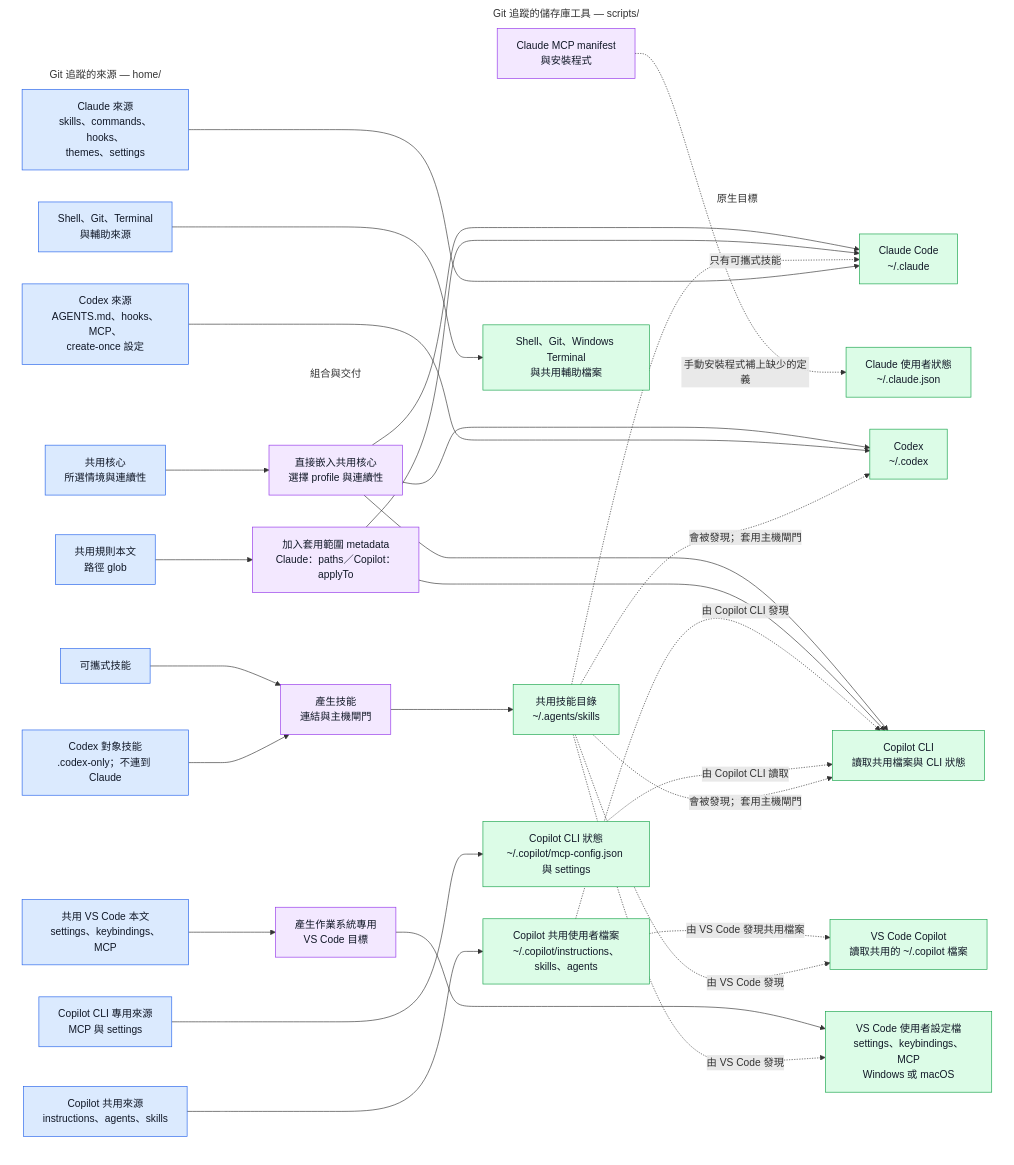
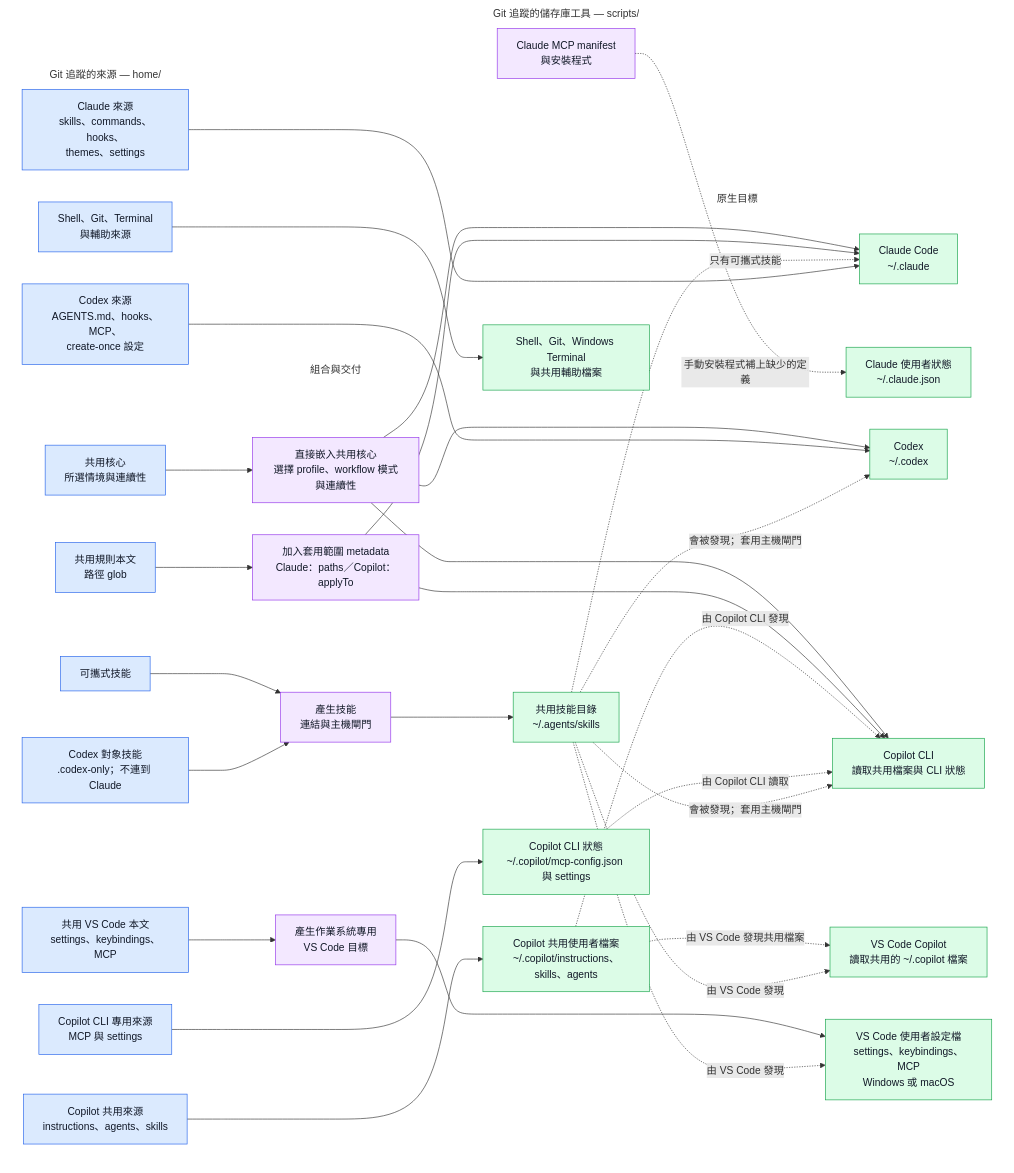
One commit to sherrilla71940/personal-agentic-dev-environment changed the first of 4 diagrams in README.zh-TW.md. Above: the diagram before and after it, drawn with Mermaid. The commit also changed other lines of this file and 23 other files, not shown here.

```diff
--- a/README.zh-TW.md
+++ b/README.zh-TW.md
@@ -73,7 +73,7 @@
     end
 
     subgraph render["組合與交付"]
-        instructionAdapters["直接嵌入共用核心<br/>選擇 profile 與連續性"]
+        instructionAdapters["直接嵌入共用核心<br/>選擇 profile、workflow 模式與連續性"]
         ruleAdapters["加入套用範圍 metadata<br/>Claude：paths／Copilot：applyTo"]
         skillDelivery["產生技能<br/>連結與主機閘門"]
         osAdapters["產生作業系統專用<br/>VS Code 目標"]
```
